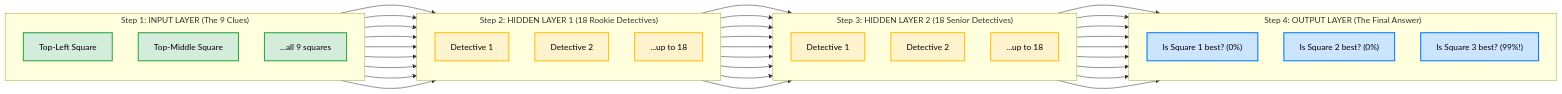
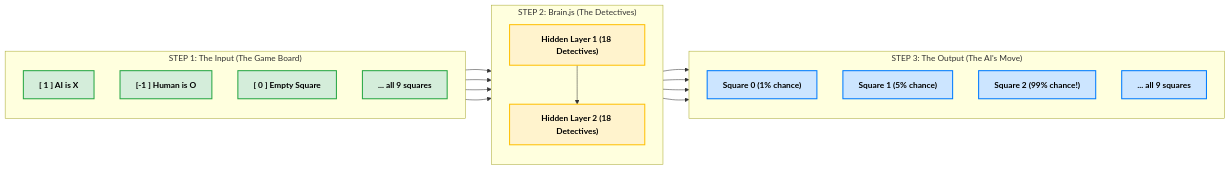
The diagram in Brain.md (yekoshy/TicTacToe), drawn with Mermaid before and after one commit.

Commit message:
new diagram

````diff
--- a/Brain.md
+++ b/Brain.md
@@ -1,45 +1,39 @@
 ```mermaid
 flowchart LR
-    %% Defining the styles for a clean, non-tech look
-    classDef input fill:#d4edda,stroke:#28a745,stroke-width:2px,color:black;
-    classDef hidden fill:#fff3cd,stroke:#ffc107,stroke-width:2px,color:black;
-    classDef output fill:#cce5ff,stroke:#007bff,stroke-width:2px,color:black;
+%% Styling for presentation (Green = Input, Yellow = Brain, Blue = Output)
+classDef input fill:#d4edda,stroke:#28a745,stroke-width:2px,color:black,font-weight:bold;
+classDef hidden fill:#fff3cd,stroke:#ffc107,stroke-width:2px,color:black,font-weight:bold;
+classDef output fill:#cce5ff,stroke:#007bff,stroke-width:2px,color:black,font-weight:bold;
 
-    subgraph Input ["Step 1: INPUT LAYER (The 9 Clues)"]
-        direction TB
-        I1["Top-Left Square"]
-        I2["Top-Middle Square"]
-        I3["...all 9 squares"]
-    end
+subgraph Step1["STEP 1: The Input (The Game Board)"]
+direction TB
+I1["[ 1 ] AI is X"]
+I2["[-1 ] Human is O"]
+I3["[ 0 ] Empty Square"]
+I4["... all 9 squares"]
+end
 
-    subgraph Hidden1["Step 2: HIDDEN LAYER 1 (18 Rookie Detectives)"]
-        direction TB
-        H1_1["Detective 1"]
-        H1_2["Detective 2"]
-        H1_3["...up to 18"]
-    end
+subgraph Step2["STEP 2: Brain.js (The Detectives)"]
+direction TB
+L1["Hidden Layer 1 (18 Detectives)"]
+L2["Hidden Layer 2 (18 Detectives)"]
+end
 
-    subgraph Hidden2 ["Step 3: HIDDEN LAYER 2 (18 Senior Detectives)"]
-        direction TB
-        H2_1["Detective 1"]
-        H2_2["Detective 2"]
-        H2_3["...up to 18"]
-    end
+subgraph Step3["STEP 3: The Output (The AI's Move)"]
+direction TB
+O1["Square 0 (1% chance)"]
+O2["Square 1 (5% chance)"]
+O3["Square 2 (99% chance!)"]
+O4["... all 9 squares"]
+end
 
-    subgraph Output ["Step 4: OUTPUT LAYER (The Final Answer)"]
-        direction TB
-        O1["Is Square 1 best? (0%)"]
-        O2["Is Square 2 best? (0%)"]
-        O3["Is Square 3 best? (99%!)"]
-    end
+%% Drawing the flow of information
+I1 & I2 & I3 & I4 --> L1
+L1 --> L2
+L2 --> O1 & O2 & O3 & O4
 
-    %% Drawing the connections
-    I1 & I2 & I3 ---> H1_1 & H1_2 & H1_3
-    H1_1 & H1_2 & H1_3 ---> H2_1 & H2_2 & H2_3
-    H2_1 & H2_2 & H2_3 ---> O1 & O2 & O3
-
-    %% Applying the colors
-    class I1,I2,I3 input;
-    class H1_1,H1_2,H1_3,H2_1,H2_2,H2_3 hidden;
-    class O1,O2,O3 output;
+%% Applying the colors
+class I1,I2,I3,I4 input;
+class L1,L2 hidden;
+class O1,O2,O3,O4 output;
 ```
````
